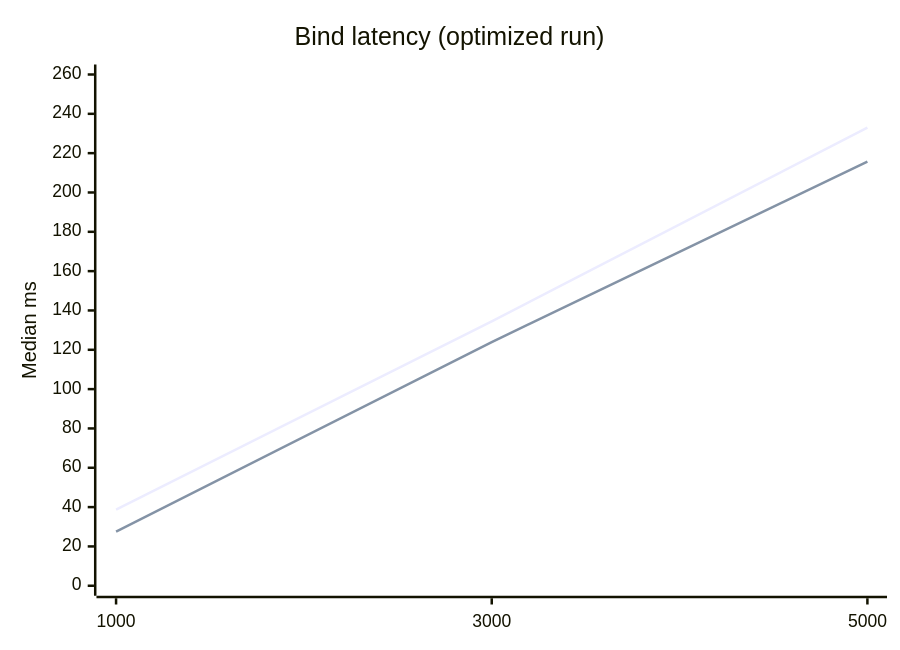
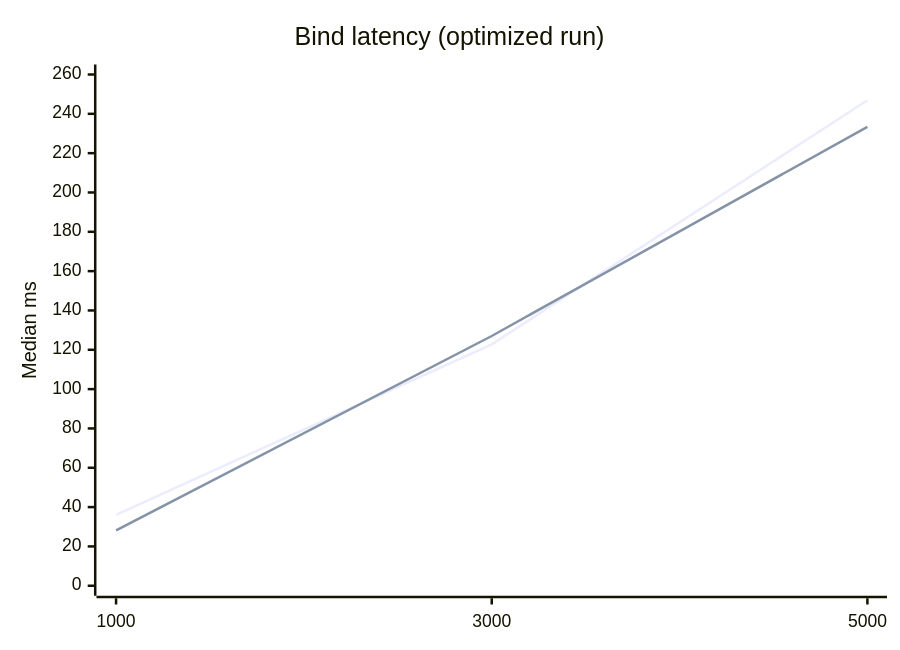
Before and after one commit to robert-sanders-software-ontwikkeling/rs-x: the second of 7 diagrams in reports/rsx-spa-performance/README.md, drawn with Mermaid. The commit also changed other lines of this file and 4 other files, not shown here.

````diff
--- a/reports/rsx-spa-performance/README.md
+++ b/reports/rsx-spa-performance/README.md
@@ -67,8 +79,8 @@
 ```mermaid
 xychart-beta
   title "Bind latency (optimized run)"
   x-axis [1000, 3000, 5000]
   y-axis "Median ms" 0 --> 260
-  line [38.688, 134.508, 232.992]
-  line [27.519, 123.919, 215.733]
+  line [36.083, 122.775, 246.867]
+  line [28.126, 127.011, 233.404]
 ```
````
